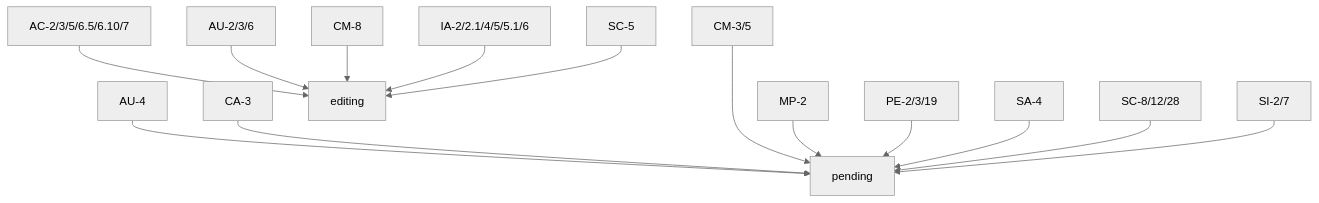
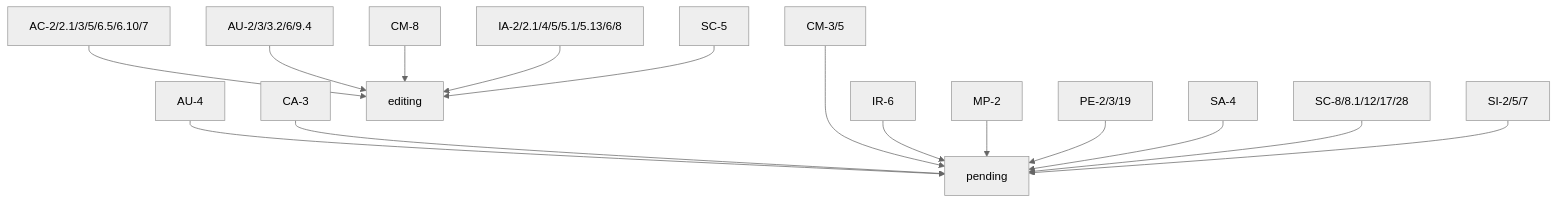
The second of 2 diagrams in docs/google-cloud-security-controls.md (GoogleCloudPlatform/pbmm-on-gcp-onboarding), drawn with Mermaid (neutral theme) before and after one commit. The commit also changed other lines of this file, not shown here.

````diff
--- a/docs/google-cloud-security-controls.md
+++ b/docs/google-cloud-security-controls.md
@@ -60,25 +73,28 @@
 ```mermaid
 graph TD;
     AU-4-->pending;
     CA-3-->pending;
     CM-3/5--->pending;
     
-    AC-2/3/5/6.5/6.10/7-->editing;
+    AC-2/2.1/3/5/6.5/6.10/7-->editing;
 
-    AU-2/3/6-->editing;
+    AU-2/3/3.2/6/9.4-->editing;
 
     CM-8-->editing;
 
-    IA-2/2.1/4/5/5.1/6-->editing;
+    IA-2/2.1/4/5/5.1/5.13/6/8-->editing;
     
+    IR-6-->pending;
     MP-2-->pending;
     PE-2/3/19-->pending;
     
     SA-4-->pending;
-    SC-8/12/28-->pending;
+    SC-8/8.1/12/17/28-->pending;
     
     SC-5-->editing;
     
-    SI-2/7-->pending;
+    SI-2/5/7-->pending;
+    
+    
 
 ```
````
